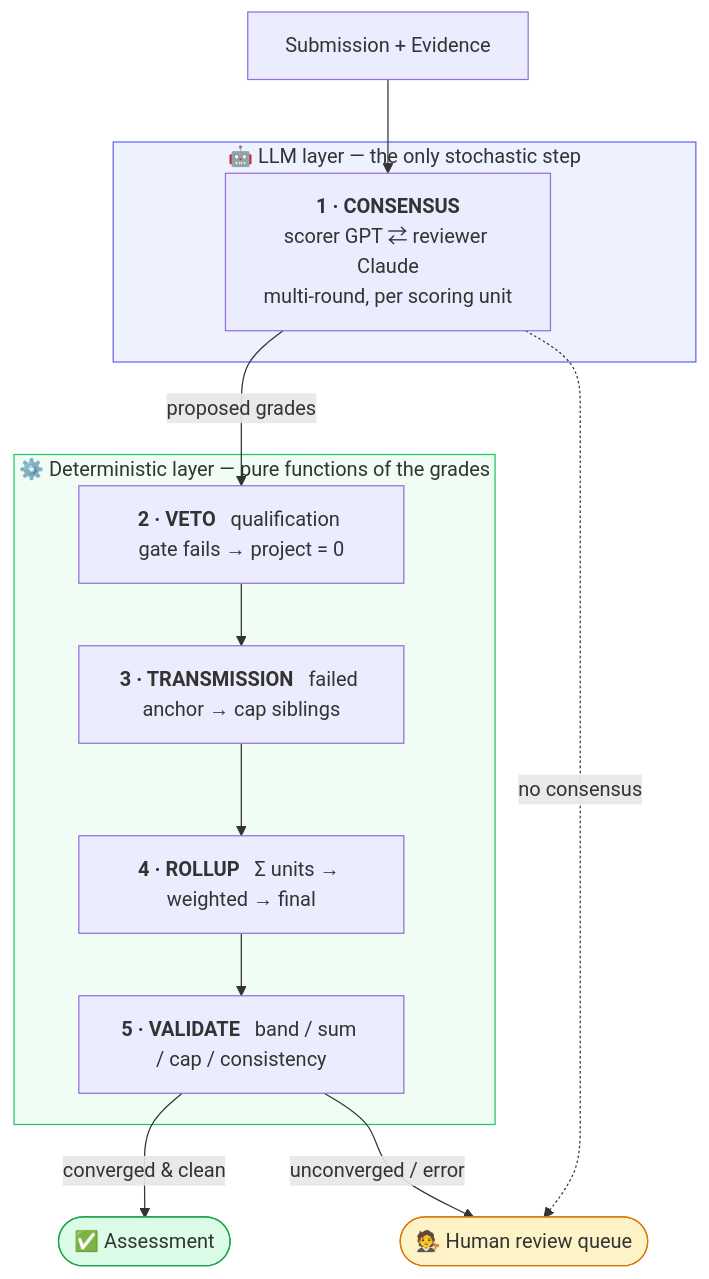
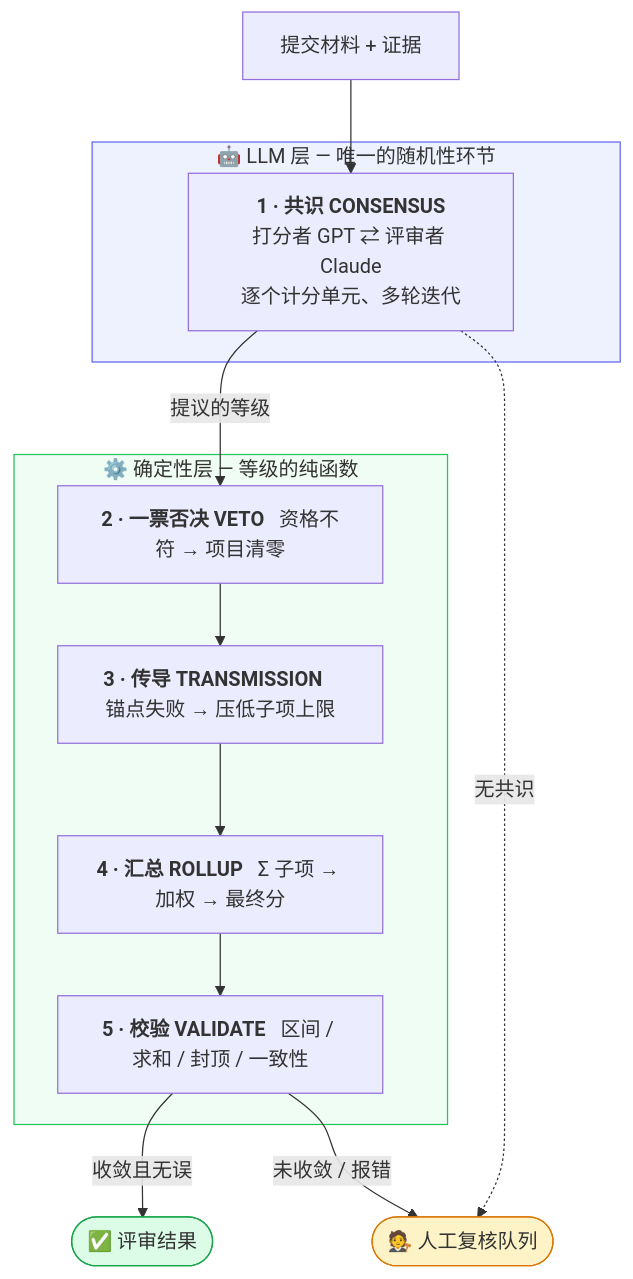
One commit to awsl5714/tribunal changed the diagram in README.md. Above: the diagram before and after it, drawn with Mermaid. The commit also changed other lines of this file and 2 other files, not shown here.

````diff
--- a/README.md
+++ b/README.md
@@ -61,26 +61,26 @@
 ```mermaid
 flowchart TD
-    A[Submission + Evidence] --> B
+    A[提交材料 + 证据] --> B
 
-    subgraph LLM["🤖 LLM layer — the only stochastic step"]
-        B["<b>1 · CONSENSUS</b><br/>scorer GPT ⇄ reviewer Claude<br/>multi-round, per scoring unit"]
+    subgraph LLM["🤖 LLM 层 — 唯一的随机性环节"]
+        B["<b>1 · 共识 CONSENSUS</b><br/>打分者 GPT ⇄ 评审者 Claude<br/>逐个计分单元、多轮迭代"]
     end
 
-    B -->|proposed grades| C
+    B -->|提议的等级| C
 
-    subgraph DET["⚙️ Deterministic layer — pure functions of the grades"]
-        C["<b>2 · VETO</b> &nbsp; qualification gate fails → project = 0"]
-        C --> D["<b>3 · TRANSMISSION</b> &nbsp; failed anchor → cap siblings"]
-        D --> E["<b>4 · ROLLUP</b> &nbsp; Σ units → weighted → final"]
-        E --> F["<b>5 · VALIDATE</b> &nbsp; band / sum / cap / consistency"]
+    subgraph DET["⚙️ 确定性层 — 等级的纯函数"]
+        C["<b>2 · 一票否决 VETO</b> &nbsp; 资格不符 → 项目清零"]
+        C --> D["<b>3 · 传导 TRANSMISSION</b> &nbsp; 锚点失败 → 压低子项上限"]
+        D --> E["<b>4 · 汇总 ROLLUP</b> &nbsp; Σ 子项 → 加权 → 最终分"]
+        E --> F["<b>5 · 校验 VALIDATE</b> &nbsp; 区间 / 求和 / 封顶 / 一致性"]
     end
 
-    F -->|converged & clean| G([✅ Assessment])
-    F -->|unconverged / error| H([🧑‍⚖️ Human review queue])
-    B -.->|no consensus| H
+    F -->|收敛且无误| G([✅ 评审结果])
+    F -->|未收敛 / 报错| H([🧑‍⚖️ 人工复核队列])
+    B -.->|无共识| H
 
     style LLM fill:#eef2ff,stroke:#6366f1
     style DET fill:#f0fdf4,stroke:#22c55e
     style G fill:#dcfce7,stroke:#16a34a
     style H fill:#fef3c7,stroke:#d97706
 ```
````
